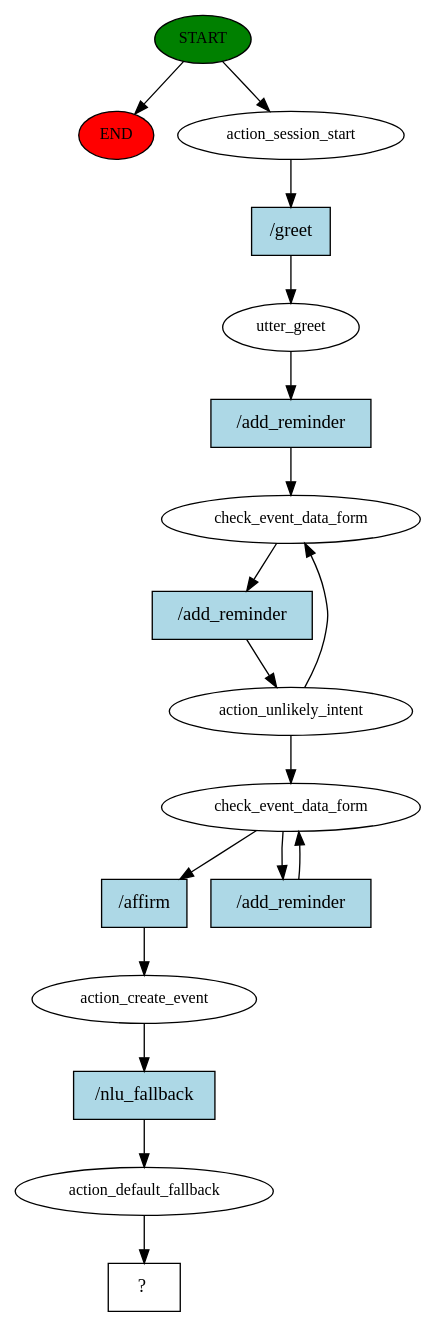
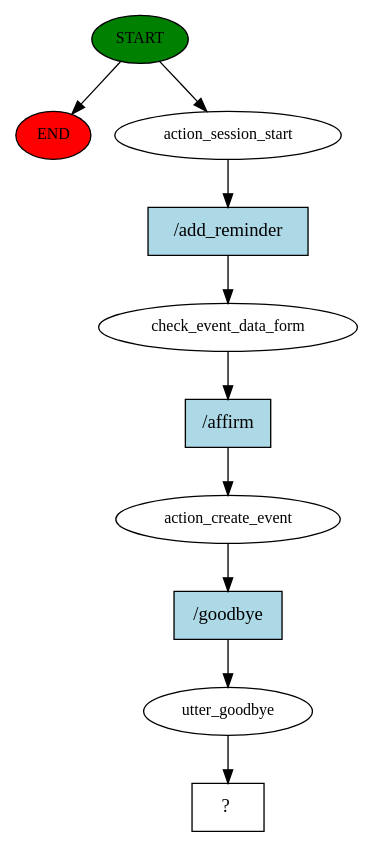
The diagram in rasa-assistant/story_graph.dot (BernardoLeandro1/PI), drawn with Graphviz before and after one commit. The commit also changed 416 other files, not shown here.

```diff
--- a/rasa-assistant/story_graph.dot
+++ b/rasa-assistant/story_graph.dot
@@ -1,35 +1,21 @@
 digraph  {
 0 [class="start active", fillcolor=green, fontsize=12, label=START, style=filled];
 "-1" [class=end, fillcolor=red, fontsize=12, label=END, style=filled];
 1 [class=active, fontsize=12, label=action_session_start];
-2 [class=active, fontsize=12, label=utter_greet];
-3 [class=active, fontsize=12, label=check_event_data_form];
-4 [class=active, fontsize=12, label=action_unlikely_intent];
-7 [class=active, fontsize=12, label=check_event_data_form];
-9 [class=active, fontsize=12, label=action_create_event];
-10 [class=active, fontsize=12, label=action_default_fallback];
-11 [class="intent dashed active", label="  ?  ", shape=rect];
-12 [class="intent active", fillcolor=lightblue, label="/greet", shape=rect, style=filled];
-13 [class="intent active", fillcolor=lightblue, label="/add_reminder", shape=rect, style=filled];
-14 [class="intent active", fillcolor=lightblue, label="/add_reminder", shape=rect, style=filled];
-15 [class="intent active", fillcolor=lightblue, label="/affirm", shape=rect, style=filled];
-16 [class="intent active", fillcolor=lightblue, label="/add_reminder", shape=rect, style=filled];
-17 [class="intent active", fillcolor=lightblue, label="/nlu_fallback", shape=rect, style=filled];
+2 [class=active, fontsize=12, label=check_event_data_form];
+3 [class=active, fontsize=12, label=action_create_event];
+4 [class=active, fontsize=12, label=utter_goodbye];
+5 [class="intent dashed active", label="  ?  ", shape=rect];
+6 [class="intent active", fillcolor=lightblue, label="/add_reminder", shape=rect, style=filled];
+7 [class="intent active", fillcolor=lightblue, label="/affirm", shape=rect, style=filled];
+8 [class="intent active", fillcolor=lightblue, label="/goodbye", shape=rect, style=filled];
 0 -> "-1"  [class="", key=NONE, label=""];
 0 -> 1  [class=active, key=NONE, label=""];
-1 -> 12  [class=active, key=0];
-2 -> 13  [class=active, key=0];
-3 -> 14  [class=active, key=0];
-4 -> 3  [class=active, key=NONE, label=""];
-4 -> 7  [class=active, key=NONE, label=""];
-7 -> 15  [class=active, key=0];
-7 -> 16  [class=active, key=0];
-9 -> 17  [class=active, key=0];
-10 -> 11  [class=active, key=NONE, label=""];
-12 -> 2  [class=active, key=0];
-13 -> 3  [class=active, key=0];
-14 -> 4  [class=active, key=0];
-15 -> 9  [class=active, key=0];
-16 -> 7  [class=active, key=0];
-17 -> 10  [class=active, key=0];
+1 -> 6  [class=active, key=0];
+2 -> 7  [class=active, key=0];
+3 -> 8  [class=active, key=0];
+4 -> 5  [class=active, key=NONE, label=""];
+6 -> 2  [class=active, key=0];
+7 -> 3  [class=active, key=0];
+8 -> 4  [class=active, key=0];
 }
```
